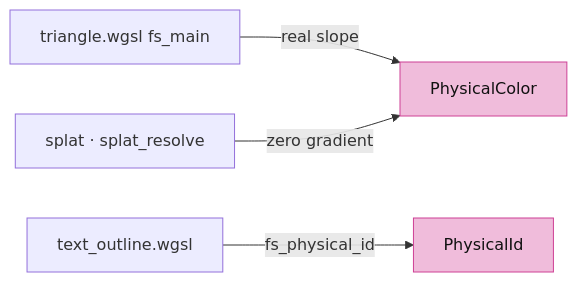
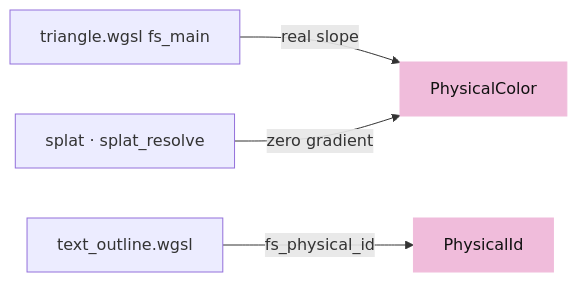
The tenth of 15 diagrams in session_viewer/docs/05-visibility.md (petrasvestartas/session), drawn with Mermaid before and after one commit. The commit also changed other lines of this file and 324 other files, not shown here.

````diff
--- a/session_viewer/docs/05-visibility.md
+++ b/session_viewer/docs/05-visibility.md
@@ -198,8 +216,8 @@
 ```mermaid
 flowchart LR
     T["triangle.wgsl fs_main"] -- "real slope" --> P["PhysicalColor"]
     S["splat · splat_resolve"] -- "zero gradient" --> P
     O["text_outline.wgsl"] -- "fs_physical_id" --> I["PhysicalId"]
-    style P fill:#f0bcdb,stroke:#ce4095,color:#111
-    style I fill:#f0bcdb,stroke:#ce4095,color:#111
+    style P fill:#f0bcdb,stroke:#f0bcdb,color:#111
+    style I fill:#f0bcdb,stroke:#f0bcdb,color:#111
 ```
````
